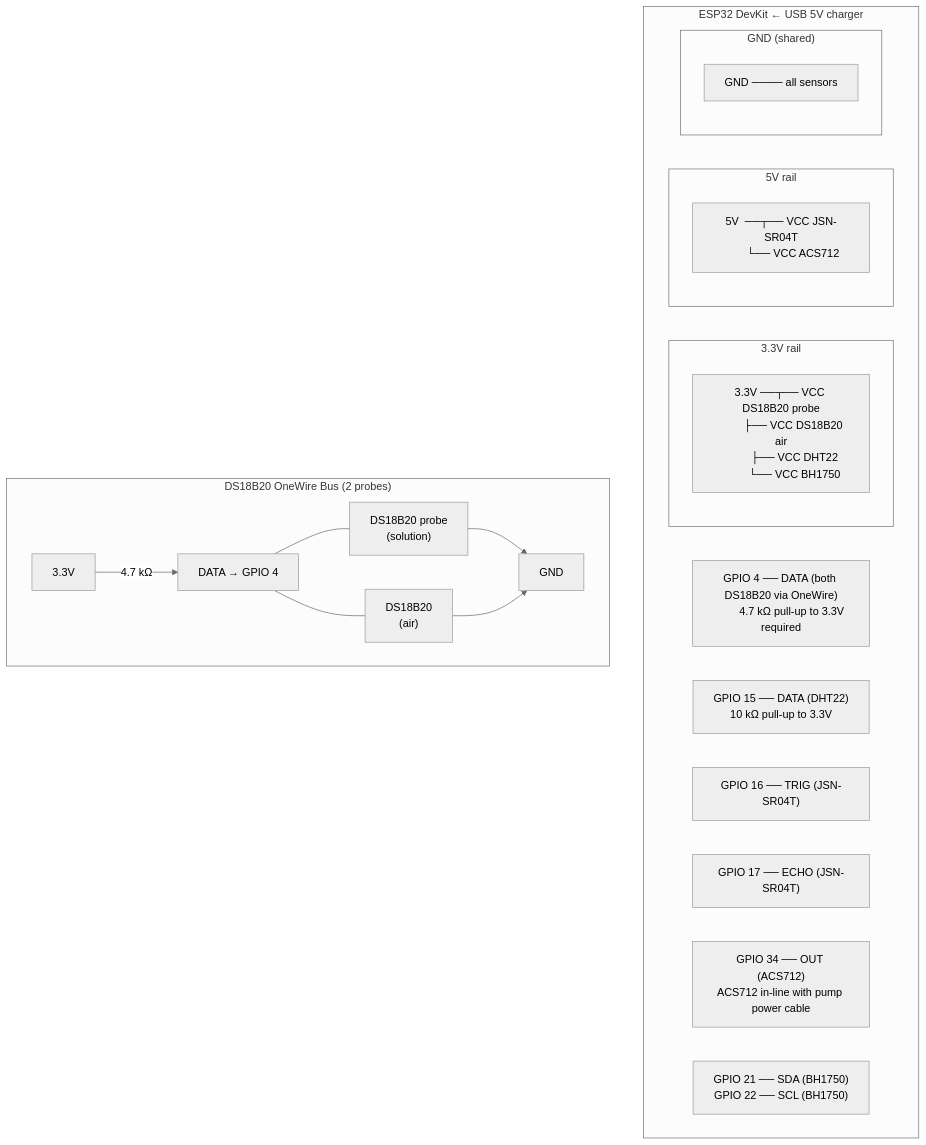
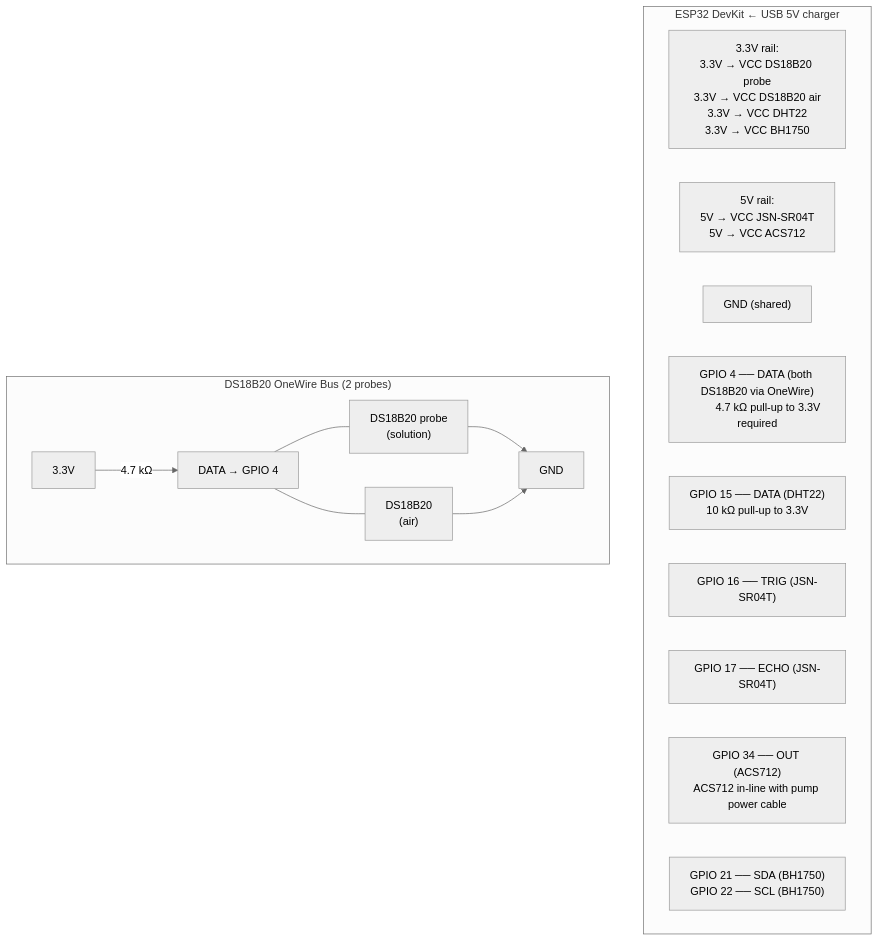
One commit to UncleJS/guide_hydroponics changed the tenth of 14 diagrams in guide/nft/13-automation.md. Above: the diagram before and after it, drawn with Mermaid (neutral theme). The commit also changed other lines of this file and 12 other files, not shown here.

````diff
--- a/guide/nft/13-automation.md
+++ b/guide/nft/13-automation.md
@@ -902,29 +891,21 @@
 ```mermaid
 flowchart TD
     subgraph esp["ESP32 DevKit ← USB 5V charger"]
-        subgraph v33["3.3V rail"]
-            VCC33["3.3V ──┬── VCC DS18B20 probe<br/>         ├── VCC DS18B20 air<br/>         ├── VCC DHT22<br/>         └── VCC BH1750"]
-        end
-        subgraph v5["5V rail"]
-            VCC5["5V  ──┬── VCC JSN-SR04T<br/>        └── VCC ACS712"]
-        end
-        subgraph gnd["GND (shared)"]
-            GND["GND ──── all sensors"]
-        end
-
+        VCC33["3.3V rail:<br/>3.3V → VCC DS18B20 probe<br/>3.3V → VCC DS18B20 air<br/>3.3V → VCC DHT22<br/>3.3V → VCC BH1750"]
+        VCC5["5V rail:<br/>5V → VCC JSN-SR04T<br/>5V → VCC ACS712"]
+        GND["GND (shared)"]
         G4["GPIO 4 ── DATA (both DS18B20 via OneWire)<br/>        4.7 kΩ pull-up to 3.3V required"]
         G15["GPIO 15 ── DATA (DHT22)<br/>         10 kΩ pull-up to 3.3V"]
         G16["GPIO 16 ── TRIG (JSN-SR04T)"]
         G17["GPIO 17 ── ECHO (JSN-SR04T)"]
         G34["GPIO 34 ── OUT (ACS712)<br/>ACS712 in-line with pump power cable"]
         G2122["GPIO 21 ── SDA (BH1750)<br/>GPIO 22 ── SCL (BH1750)"]
     end
 
     subgraph onewire["DS18B20 OneWire Bus (2 probes)"]
-        direction LR
         OW33["3.3V"] -->|"4.7 kΩ"| OWDATA["DATA → GPIO 4"]
         OWDATA --- P1["DS18B20 probe<br/>(solution)"]
         OWDATA --- P2["DS18B20<br/>(air)"]
         P1 & P2 --> OWGND["GND"]
     end
 ```
````
